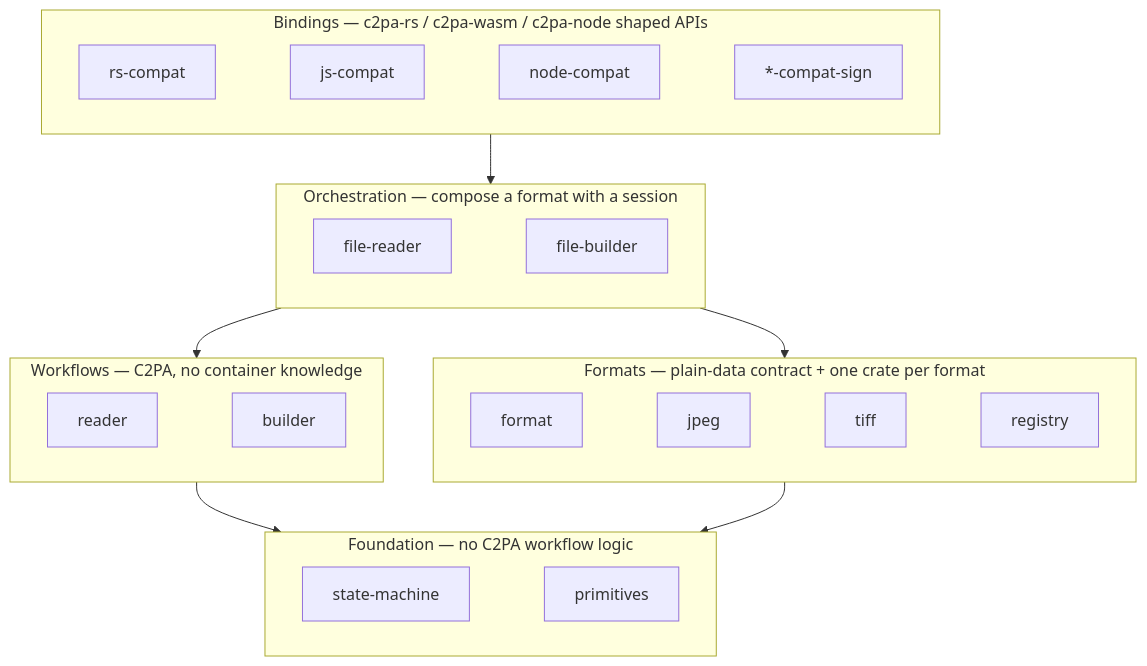
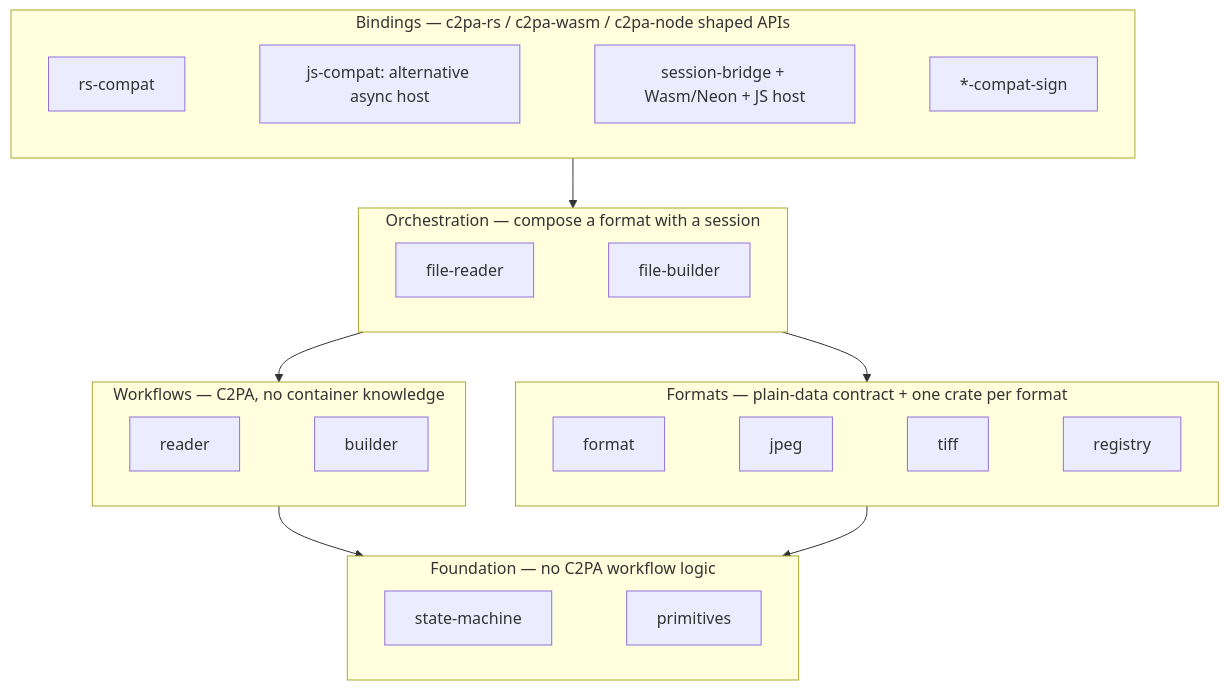
One commit to scouten/state-machine-experiment changed the second of 2 diagrams in docs/walkthrough/02-architecture.md. Above: the diagram before and after it, drawn with Mermaid. The commit also changed other lines of this file and 100 other files, not shown here.

First line of the commit message:
Promote shared JavaScript host and extract neutral session bridges

````diff
--- a/docs/walkthrough/02-architecture.md
+++ b/docs/walkthrough/02-architecture.md
@@ -86,25 +84,25 @@
 ```mermaid
 flowchart TB
     subgraph L5["Bindings — c2pa-rs / c2pa-wasm / c2pa-node shaped APIs"]
         direction LR
-        b1[rs-compat] ~~~ b2[js-compat] ~~~ b3[node-compat] ~~~ b4["*-compat-sign"]
+        b1[rs-compat] ~~~ b2["js-compat: alternative async host"] ~~~ b3["session-bridge + Wasm/Neon + JS host"] ~~~ b4["*-compat-sign"]
     end
     subgraph L4["Orchestration — compose a format with a session"]
         direction LR
         o1[file-reader] ~~~ o2[file-builder]
     end
     subgraph L3["Formats — plain-data contract + one crate per format"]
         direction LR
         f1[format] ~~~ f2[jpeg] ~~~ f3[tiff] ~~~ f4[registry]
     end
     subgraph L2["Workflows — C2PA, no container knowledge"]
         direction LR
         w1[reader] ~~~ w2[builder]
     end
     subgraph L1["Foundation — no C2PA workflow logic"]
         direction LR
         e1[state-machine] ~~~ e2[primitives]
     end
     L5 --> L4 --> L2 --> L1
     L4 --> L3 --> L1
 ```
````
